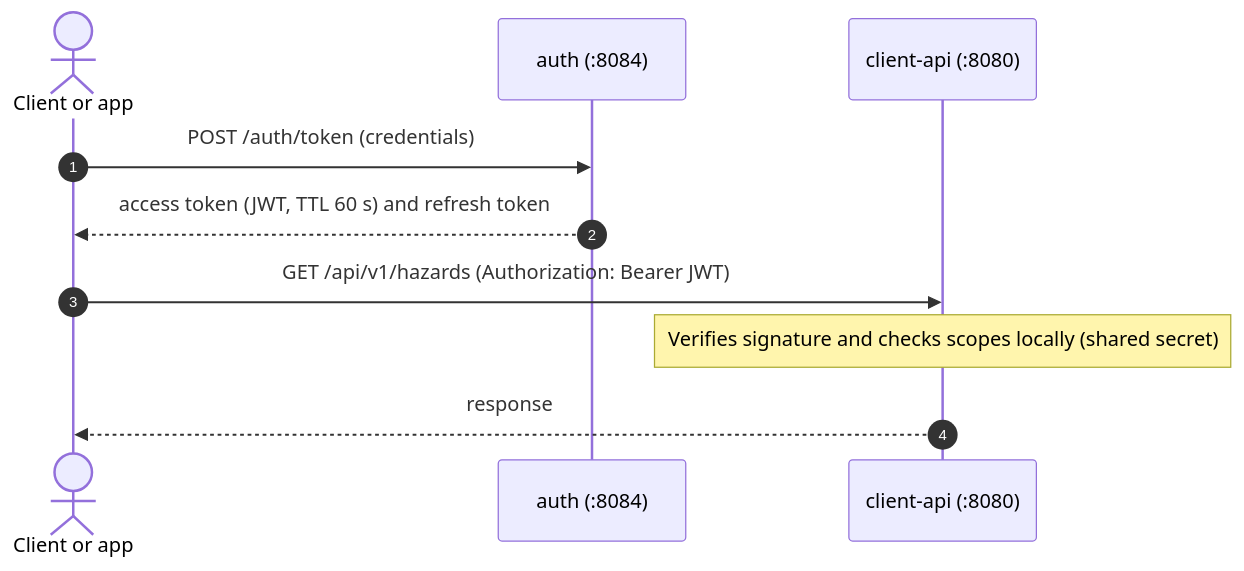
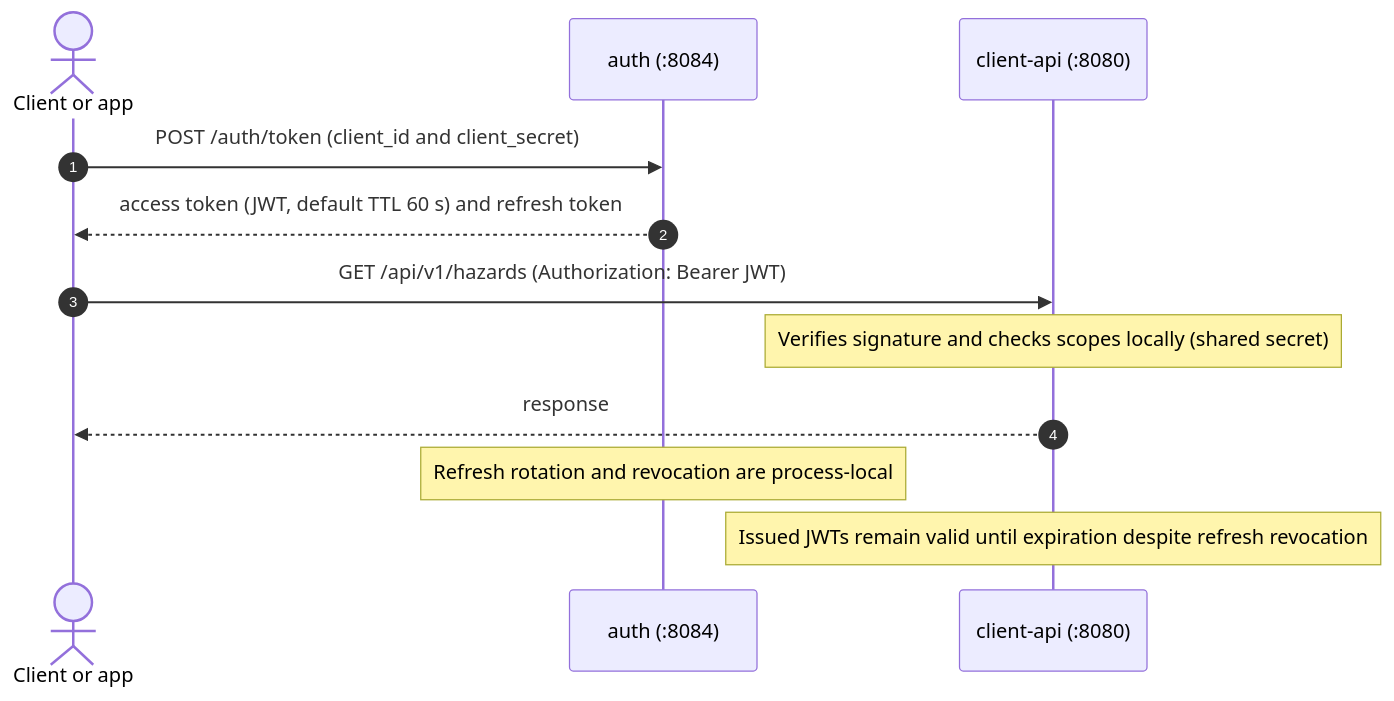
The diagram in docs/diagrams/auth-flow.mmd (Darsua/AAT), drawn with Mermaid before and after one commit. The commit also changed 35 other files, not shown here.

```diff
--- a/docs/diagrams/auth-flow.mmd
+++ b/docs/diagrams/auth-flow.mmd
@@ -1,11 +1,13 @@
 sequenceDiagram
     autonumber
     actor Client as Client or app
     participant Auth as auth (:8084)
     participant CAPI as client-api (:8080)
 
-    Client->>Auth: POST /auth/token (credentials)
-    Auth-->>Client: access token (JWT, TTL 60 s) and refresh token
+    Client->>Auth: POST /auth/token (client_id and client_secret)
+    Auth-->>Client: access token (JWT, default TTL 60 s) and refresh token
     Client->>CAPI: GET /api/v1/hazards (Authorization: Bearer JWT)
     Note over CAPI: Verifies signature and checks scopes locally (shared secret)
     CAPI-->>Client: response
+    Note over Auth: Refresh rotation and revocation are process-local
+    Note over CAPI: Issued JWTs remain valid until expiration despite refresh revocation
```
